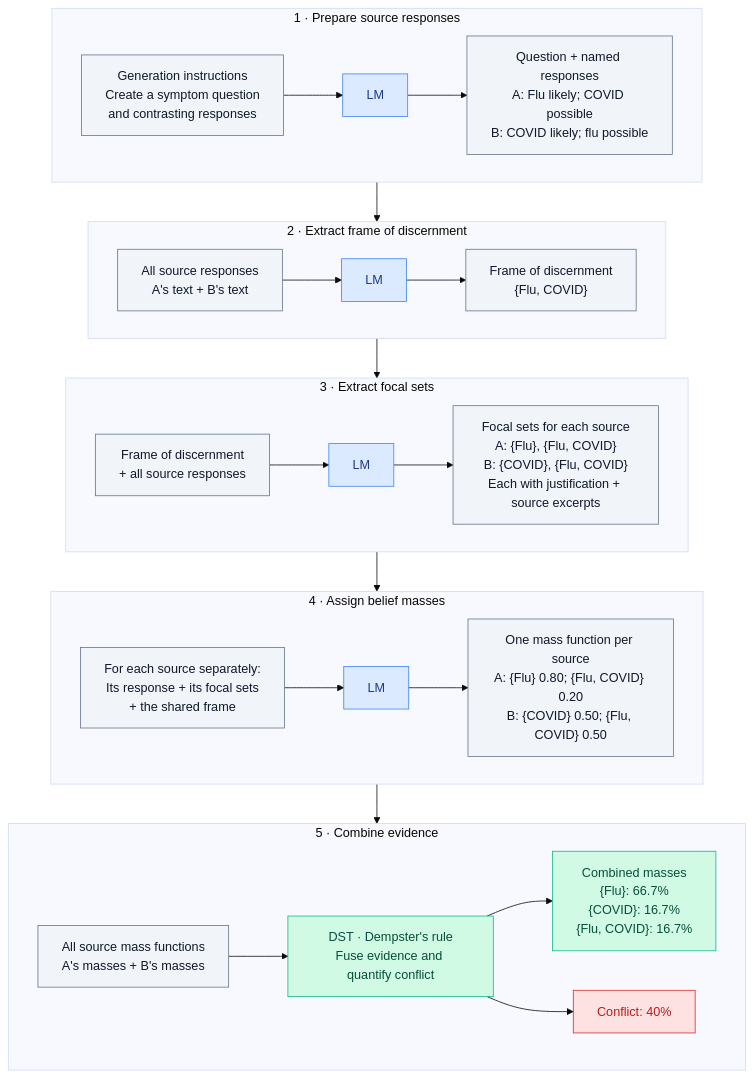
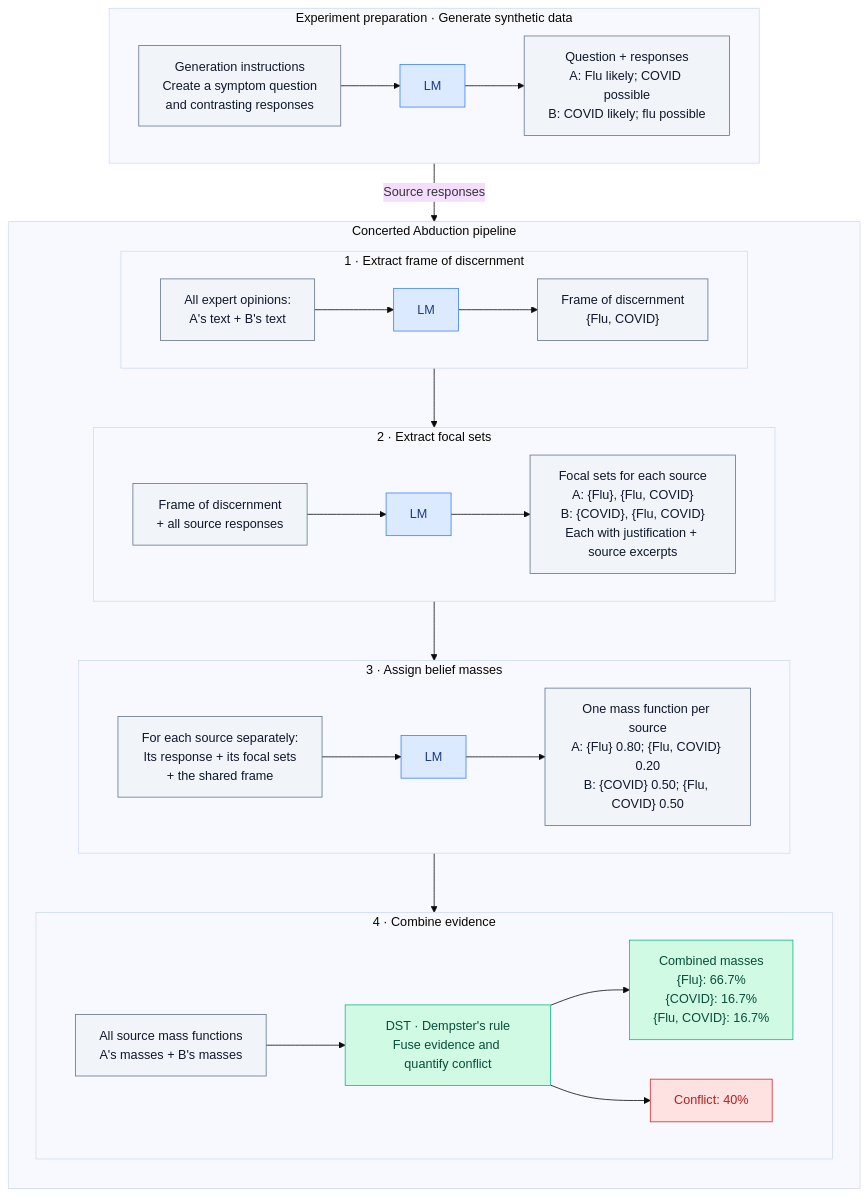
Before and after one commit to Murdock135/research-concerted_abduction_llm: the second of 2 diagrams in docs/How it works.md, drawn with Mermaid (base theme). The commit also changed other lines of this file and 3 other files, not shown here.

Commit message:
Refined diagram and made doc simpler

````diff
--- a/docs/How it works.md
+++ b/docs/How it works.md
@@ -60,56 +84,61 @@
 ```mermaid
 flowchart TB
-    subgraph DATA_IO["1 · Prepare source responses"]
+    subgraph DATA_IO["Experiment preparation · Generate synthetic data"]
         direction LR
         GI["Generation instructions<br/>Create a symptom question<br/>and contrasting responses"]
         GP["LM"]
-        GO["Question + named responses<br/>A: Flu likely; COVID possible<br/>B: COVID likely; flu possible"]
+        GO["Question + responses<br/>A: Flu likely; COVID possible<br/>B: COVID likely; flu possible"]
         GI --> GP --> GO
     end
 
-    subgraph FRAME_IO["2 · Extract frame of discernment"]
-        direction LR
-        HI["All source responses<br/>A's text + B's text"]
-        HP["LM"]
-        HO["Frame of discernment<br/>{Flu, COVID}"]
-        HI --> HP --> HO
+    subgraph PIPELINE["Concerted Abduction pipeline"]
+        direction TB
+        subgraph FRAME_IO["1 · Extract frame of discernment"]
+            direction LR
+            HI["All expert opinions:<br/>A's text + B's text"]
+            HP["LM"]
+            HO["Frame of discernment<br/>{Flu, COVID}"]
+            HI --> HP --> HO
+        end
+
+        subgraph FOCAL_IO["2 · Extract focal sets"]
+            direction LR
+            FI["Frame of discernment<br/>+ all source responses"]
+            FP["LM"]
+            FO["Focal sets for each source<br/>A: {Flu}, {Flu, COVID}<br/>B: {COVID}, {Flu, COVID}<br/>Each with justification + source excerpts"]
+            FI --> FP --> FO
+        end
+
+        subgraph MASS_IO["3 · Assign belief masses"]
+            direction LR
+            MI["For each source separately:<br/>Its response + its focal sets<br/>+ the shared frame"]
+            MP["LM"]
+            MO["One mass function per source<br/>A: {Flu} 0.80; {Flu, COVID} 0.20<br/>B: {COVID} 0.50; {Flu, COVID} 0.50"]
+            MI --> MP --> MO
+        end
+
+        subgraph DST_IO["4 · Combine evidence"]
+            direction LR
+            DI["All source mass functions<br/>A's masses + B's masses"]
+            DP["DST · Dempster's rule<br/>Fuse evidence and quantify conflict"]
+            DO["Combined masses<br/>{Flu}: 66.7%<br/>{COVID}: 16.7%<br/>{Flu, COVID}: 16.7%"]
+            DK["Conflict: 40%"]
+            DI --> DP --> DO
+            DP --> DK
+        end
+
+        FRAME_IO --> FOCAL_IO --> MASS_IO --> DST_IO
     end
 
-    subgraph FOCAL_IO["3 · Extract focal sets"]
-        direction LR
-        FI["Frame of discernment<br/>+ all source responses"]
-        FP["LM"]
-        FO["Focal sets for each source<br/>A: {Flu}, {Flu, COVID}<br/>B: {COVID}, {Flu, COVID}<br/>Each with justification + source excerpts"]
-        FI --> FP --> FO
-    end
-
-    subgraph MASS_IO["4 · Assign belief masses"]
-        direction LR
-        MI["For each source separately:<br/>Its response + its focal sets<br/>+ the shared frame"]
-        MP["LM"]
-        MO["One mass function per source<br/>A: {Flu} 0.80; {Flu, COVID} 0.20<br/>B: {COVID} 0.50; {Flu, COVID} 0.50"]
-        MI --> MP --> MO
-    end
-
-    subgraph DST_IO["5 · Combine evidence"]
-        direction LR
-        DI["All source mass functions<br/>A's masses + B's masses"]
-        DP["DST · Dempster's rule<br/>Fuse evidence and quantify conflict"]
-        DO["Combined masses<br/>{Flu}: 66.7%<br/>{COVID}: 16.7%<br/>{Flu, COVID}: 16.7%"]
-        DK["Conflict: 40%"]
-        DI --> DP --> DO
-        DP --> DK
-    end
-
-    DATA_IO --> FRAME_IO --> FOCAL_IO --> MASS_IO --> DST_IO
+    GO -->|Source responses| HI
 
     classDef data fill:#F1F5F9,stroke:#64748B,color:#0F172A
     classDef llm fill:#DBEAFE,stroke:#3B82F6,color:#1E3A8A
     classDef dst fill:#D1FAE5,stroke:#10B981,color:#064E3B
     classDef conflict fill:#FEE2E2,stroke:#DC2626,color:#B91C1C
 
     class GI,GO,HI,HO,FI,FO,MI,MO,DI data
     class GP,HP,FP,MP llm
     class DP,DO dst
     class DK conflict
 ```
````
